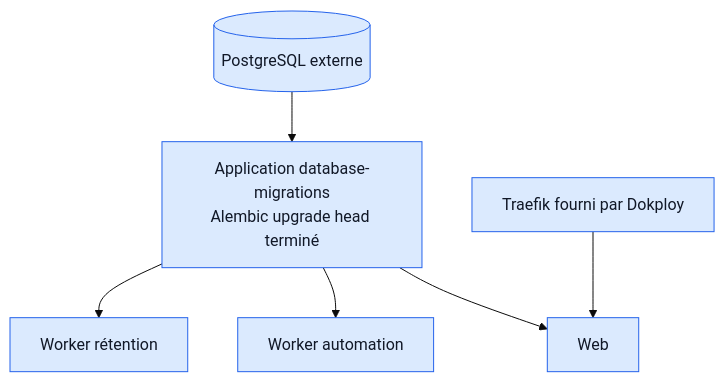
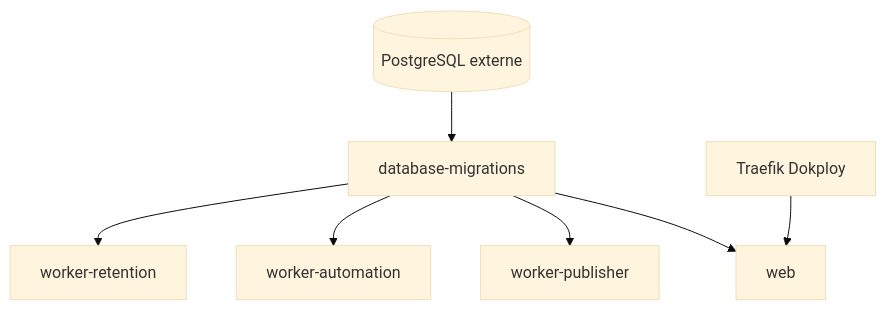
Before and after one commit to dev-vauclaire/mevo2glpi: the fifth of 5 diagrams in docs/mvp-architecture.md, drawn with Mermaid (base theme). The commit also changed other lines of this file and 10 other files, not shown here.

````diff
--- a/docs/mvp-architecture.md
+++ b/docs/mvp-architecture.md
@@ -895,11 +428,9 @@
 ```mermaid
 flowchart TD
-    Postgres[(PostgreSQL externe)]:::implemented --> Migration[Application database-migrations<br/>Alembic upgrade head terminé]:::implemented
-    Migration --> Web[Web]:::implemented
-    Migration --> Automation[Worker automation]:::implemented
-    Migration --> Retention[Worker rétention]:::implemented
-    Traefik[Traefik fourni par Dokploy]:::implemented --> Web
-
-    classDef implemented fill:#dbeafe,stroke:#2563eb,color:#111827;
-    classDef future fill:#fff,stroke:#64748b,color:#111827,stroke-dasharray:5 4;
+    PostgreSQL[(PostgreSQL externe)] --> Migration[database-migrations]
+    Migration --> Web[web]
+    Migration --> Publisher[worker-publisher]
+    Migration --> Automation[worker-automation]
+    Migration --> Retention[worker-retention]
+    Traefik[Traefik Dokploy] --> Web
 ```
````
